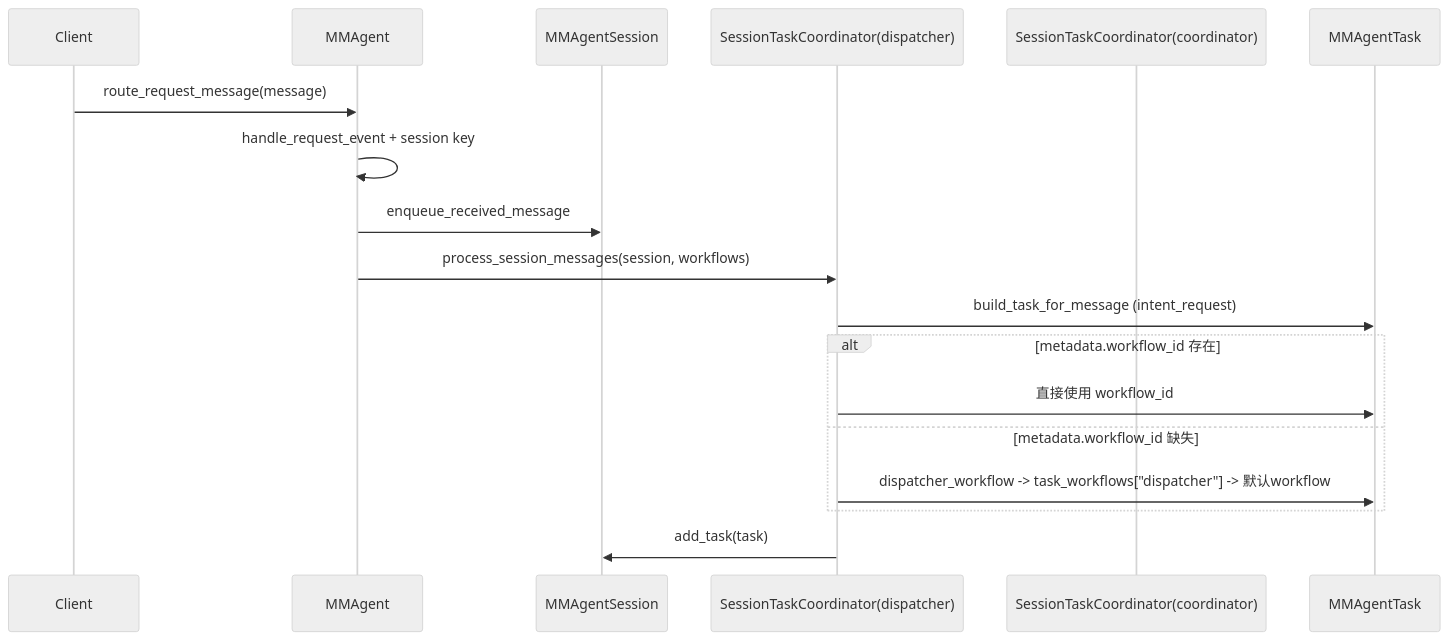
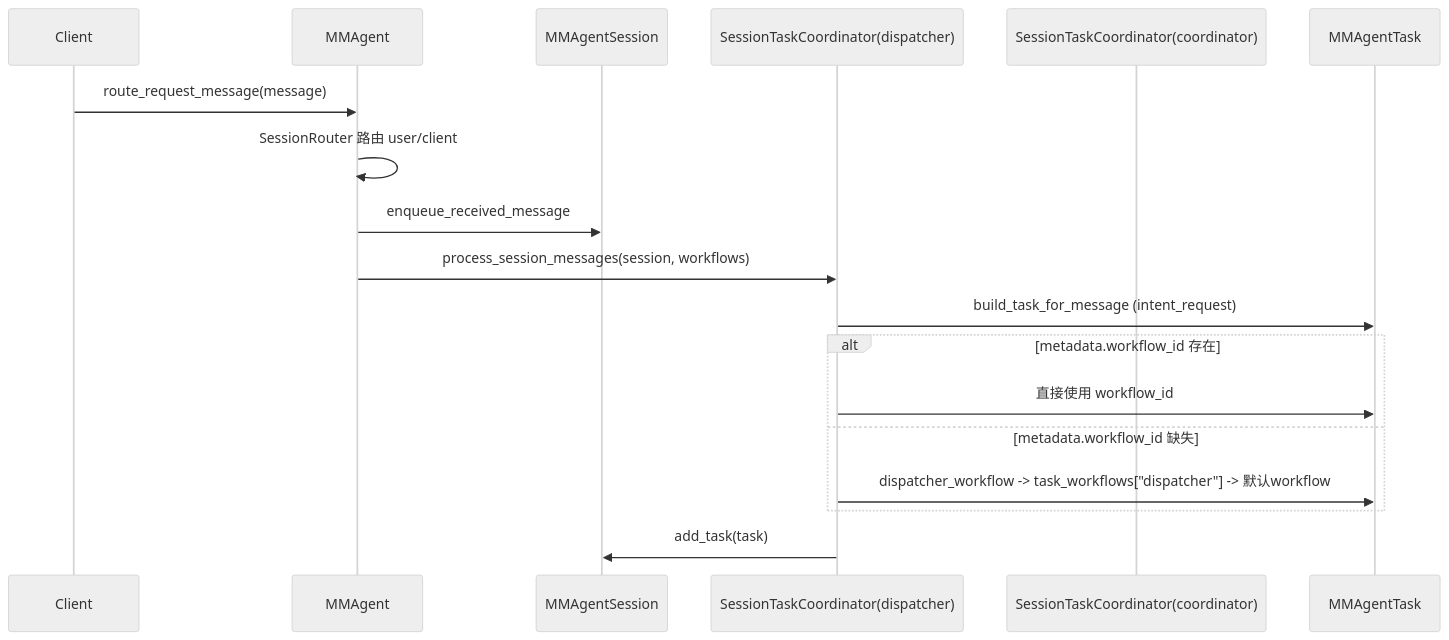
The second of 14 diagrams in docs/ARCHITECTURE.md (xyz11274/agentf), drawn with Mermaid (neutral theme) before and after one commit. The commit also changed other lines of this file and 34 other files, not shown here.

````diff
--- a/docs/ARCHITECTURE.md
+++ b/docs/ARCHITECTURE.md
@@ -86,21 +86,21 @@
 ```mermaid
 sequenceDiagram
     participant C as Client
     participant A as MMAgent
     participant S as MMAgentSession
     participant DI as SessionTaskCoordinator(dispatcher)
     participant CO as SessionTaskCoordinator(coordinator)
     participant T as MMAgentTask
 
     C->>A: route_request_message(message)
-    A->>A: handle_request_event + session key
+    A->>A: SessionRouter 路由 user/client
     A->>S: enqueue_received_message
     A->>DI: process_session_messages(session, workflows)
     DI->>T: build_task_for_message (intent_request)
     alt metadata.workflow_id 存在
       DI->>T: 直接使用 workflow_id
     else metadata.workflow_id 缺失
       DI->>T: dispatcher_workflow -> task_workflows["dispatcher"] -> 默认workflow
     end
     DI->>S: add_task(task)
 ```
````
